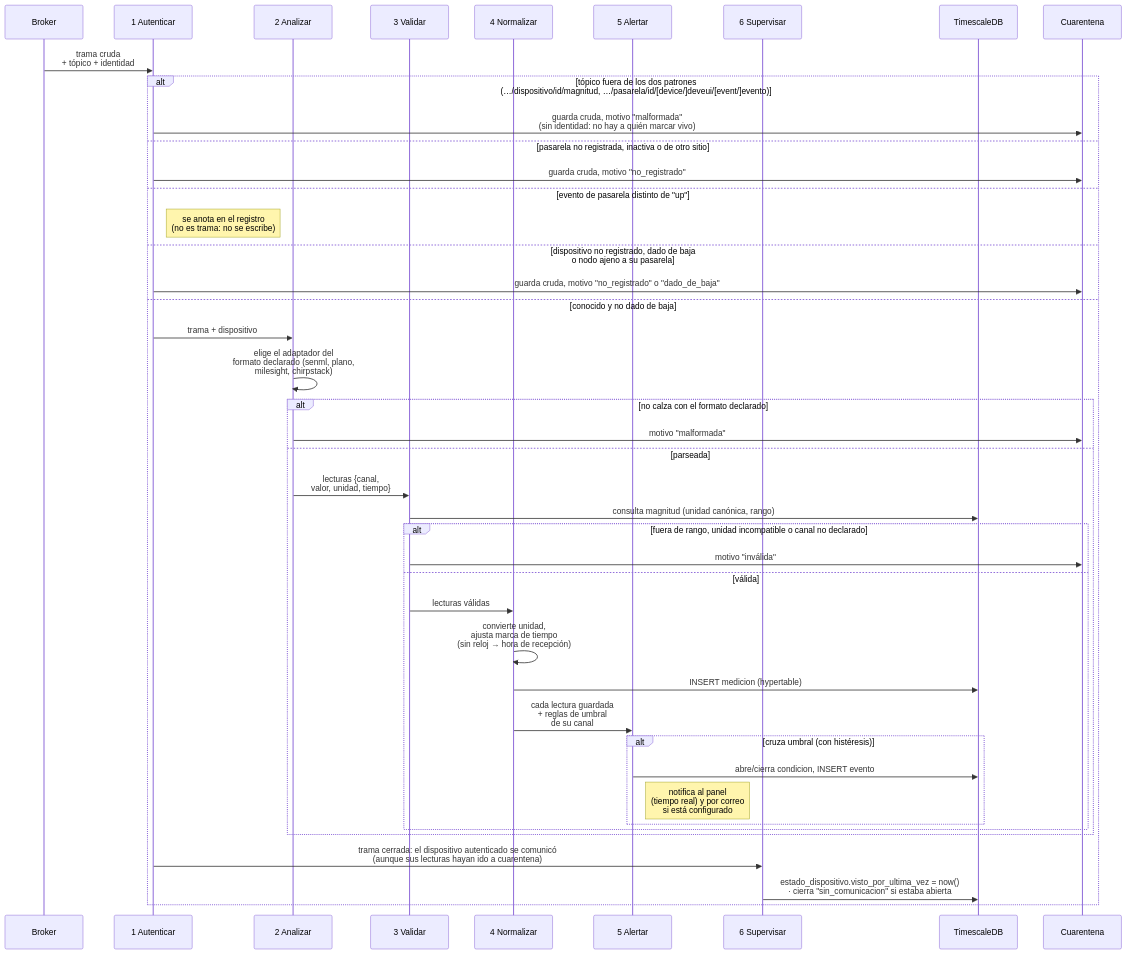
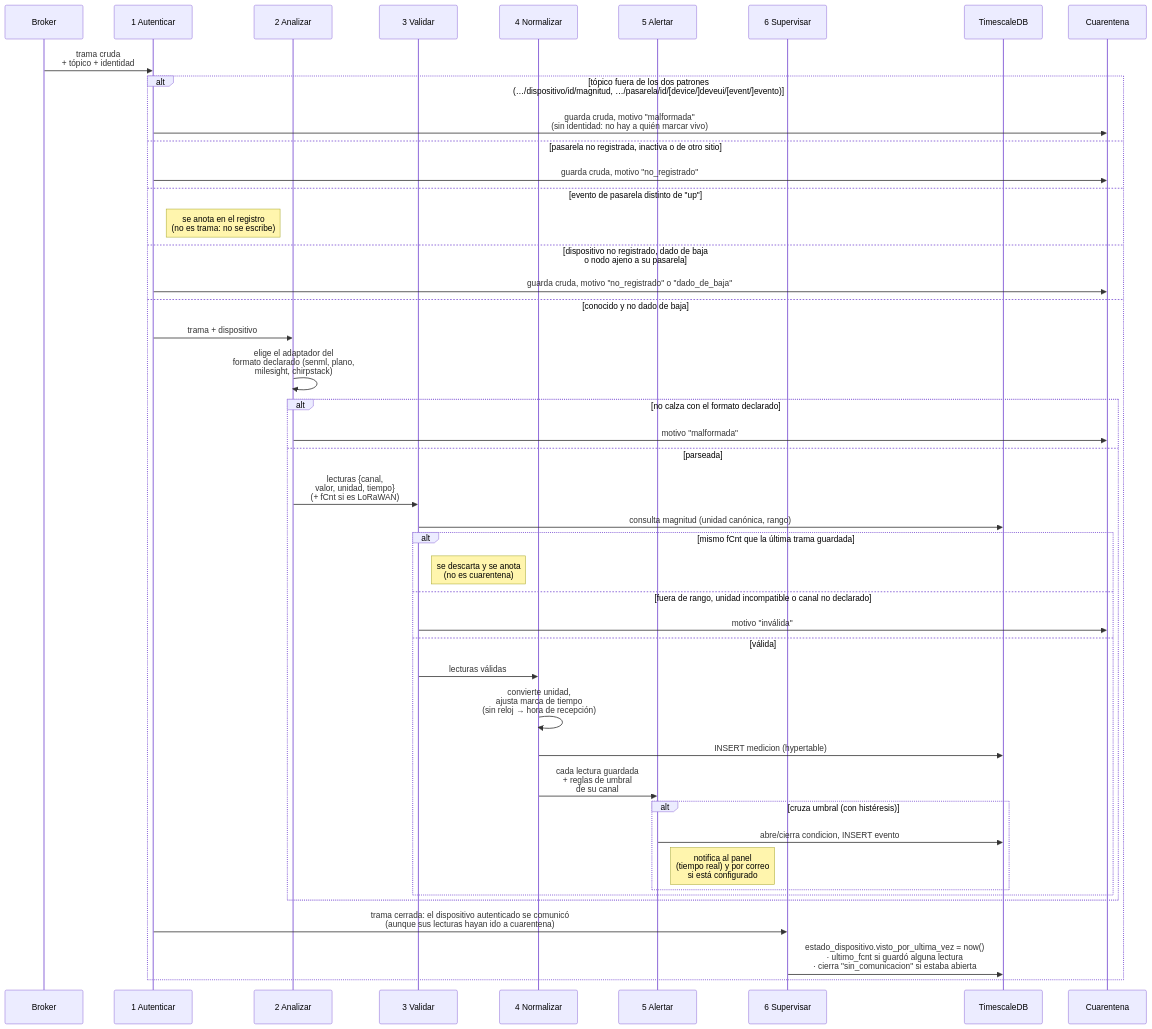
One commit to vicenterami/tesis changed the diagram in informe-oficial/figuras/mermaid/sec-pipeline.mmd. Above: the diagram before and after it, drawn with Mermaid. The commit also changed 17 other files, not shown here.

```diff
--- a/informe-oficial/figuras/mermaid/sec-pipeline.mmd
+++ b/informe-oficial/figuras/mermaid/sec-pipeline.mmd
@@ -1,44 +1,46 @@
 sequenceDiagram
     participant MQ as Broker
     participant F1 as 1 Autenticar
     participant F2 as 2 Analizar
     participant F3 as 3 Validar
     participant F4 as 4 Normalizar
     participant F5 as 5 Alertar
     participant F6 as 6 Supervisar
     participant DB as TimescaleDB
     participant Q as Cuarentena
 
     MQ->>F1: trama cruda<br/>+ tópico + identidad
     alt tópico fuera de los dos patrones<br/>(…/dispositivo/id/magnitud, …/pasarela/id/[device/]deveui/[event/]evento)
         F1->>Q: guarda cruda, motivo "malformada"<br/>(sin identidad: no hay a quién marcar vivo)
     else pasarela no registrada, inactiva o de otro sitio
         F1->>Q: guarda cruda, motivo "no_registrado"
     else evento de pasarela distinto de "up"
         Note right of F1: se anota en el registro<br/>(no es trama: no se escribe)
     else dispositivo no registrado, dado de baja<br/>o nodo ajeno a su pasarela
         F1->>Q: guarda cruda, motivo "no_registrado" o "dado_de_baja"
     else conocido y no dado de baja
         F1->>F2: trama + dispositivo
         F2->>F2: elige el adaptador del<br/>formato declarado (senml, plano,<br/>milesight, chirpstack)
         alt no calza con el formato declarado
             F2->>Q: motivo "malformada"
         else parseada
-            F2->>F3: lecturas {canal,<br/>valor, unidad, tiempo}
+            F2->>F3: lecturas {canal,<br/>valor, unidad, tiempo}<br/>(+ fCnt si es LoRaWAN)
             F3->>DB: consulta magnitud (unidad canónica, rango)
-            alt fuera de rango, unidad incompatible o canal no declarado
+            alt mismo fCnt que la última trama guardada
+                Note right of F3: se descarta y se anota<br/>(no es cuarentena)
+            else fuera de rango, unidad incompatible o canal no declarado
                 F3->>Q: motivo "inválida"
             else válida
                 F3->>F4: lecturas válidas
                 F4->>F4: convierte unidad,<br/>ajusta marca de tiempo<br/>(sin reloj → hora de recepción)
                 F4->>DB: INSERT medicion (hypertable)
                 F4->>F5: cada lectura guardada<br/>+ reglas de umbral<br/>de su canal
                 alt cruza umbral (con histéresis)
                     F5->>DB: abre/cierra condicion, INSERT evento
                     Note right of F5: notifica al panel<br/>(tiempo real) y por correo<br/>si está configurado
                 end
             end
         end
         F1->>F6: trama cerrada: el dispositivo autenticado se comunicó<br/>(aunque sus lecturas hayan ido a cuarentena)
-        F6->>DB: estado_dispositivo.visto_por_ultima_vez = now()<br/>· cierra "sin_comunicacion" si estaba abierta
+        F6->>DB: estado_dispositivo.visto_por_ultima_vez = now()<br/>· ultimo_fcnt si guardó alguna lectura<br/>· cierra "sin_comunicacion" si estaba abierta
     end
```
